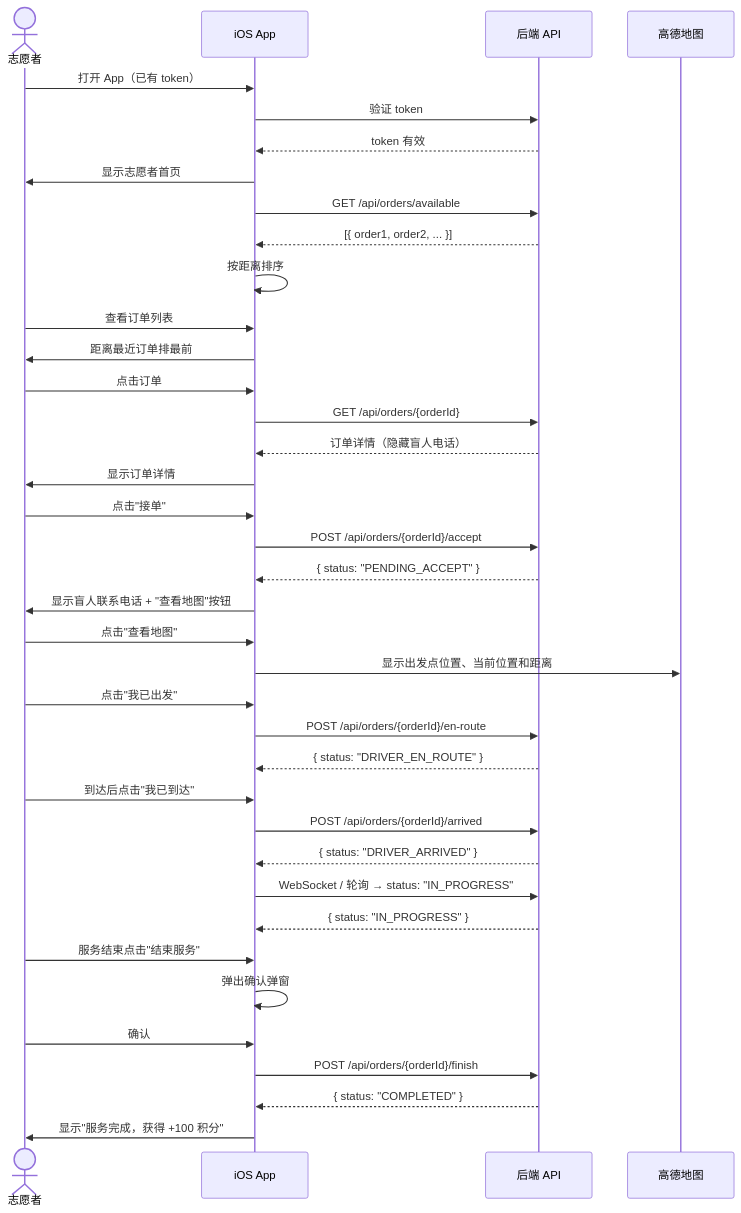
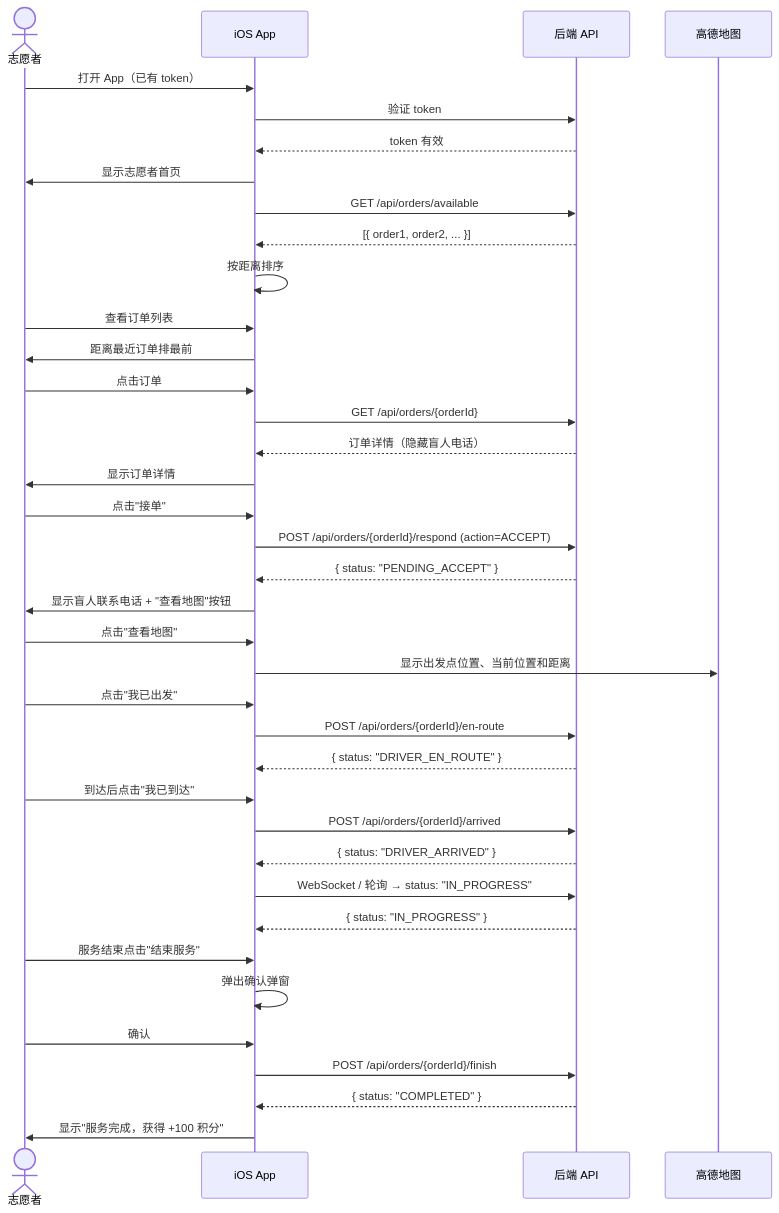
One commit to Jayden23018/blind-run-ios changed the fourth of 7 diagrams in docs/04-user-flows-and-state-machine.md. Above: the diagram before and after it, drawn with Mermaid. The commit also changed other lines of this file and 17 other files, not shown here.

````diff
--- a/docs/04-user-flows-and-state-machine.md
+++ b/docs/04-user-flows-and-state-machine.md
@@ -184,49 +184,49 @@
 ```mermaid
 sequenceDiagram
     actor VOL as 志愿者
     participant App as iOS App
     participant API as 后端 API
     participant AMap as 高德地图
 
     VOL->>App: 打开 App（已有 token）
     App->>API: 验证 token
     API-->>App: token 有效
     App->>VOL: 显示志愿者首页
     App->>API: GET /api/orders/available
     API-->>App: [{ order1, order2, ... }]
     App->>App: 按距离排序
 
     VOL->>App: 查看订单列表
     App->>VOL: 距离最近订单排最前
 
     VOL->>App: 点击订单
     App->>API: GET /api/orders/{orderId}
     API-->>App: 订单详情（隐藏盲人电话）
     App->>VOL: 显示订单详情
 
     VOL->>App: 点击"接单"
-    App->>API: POST /api/orders/{orderId}/accept
+    App->>API: POST /api/orders/{orderId}/respond (action=ACCEPT)
     API-->>App: { status: "PENDING_ACCEPT" }
     App->>VOL: 显示盲人联系电话 + "查看地图"按钮
 
     VOL->>App: 点击"查看地图"
     App->>AMap: 显示出发点位置、当前位置和距离
 
     VOL->>App: 点击"我已出发"
     App->>API: POST /api/orders/{orderId}/en-route
     API-->>App: { status: "DRIVER_EN_ROUTE" }
 
     VOL->>App: 到达后点击"我已到达"
     App->>API: POST /api/orders/{orderId}/arrived
     API-->>App: { status: "DRIVER_ARRIVED" }
 
     App->>API: WebSocket / 轮询 → status: "IN_PROGRESS"
     API-->>App: { status: "IN_PROGRESS" }
 
     VOL->>App: 服务结束点击"结束服务"
     App->>App: 弹出确认弹窗
     VOL->>App: 确认
     App->>API: POST /api/orders/{orderId}/finish
     API-->>App: { status: "COMPLETED" }
     App->>VOL: 显示"服务完成，获得 +100 积分"
 ```
````
